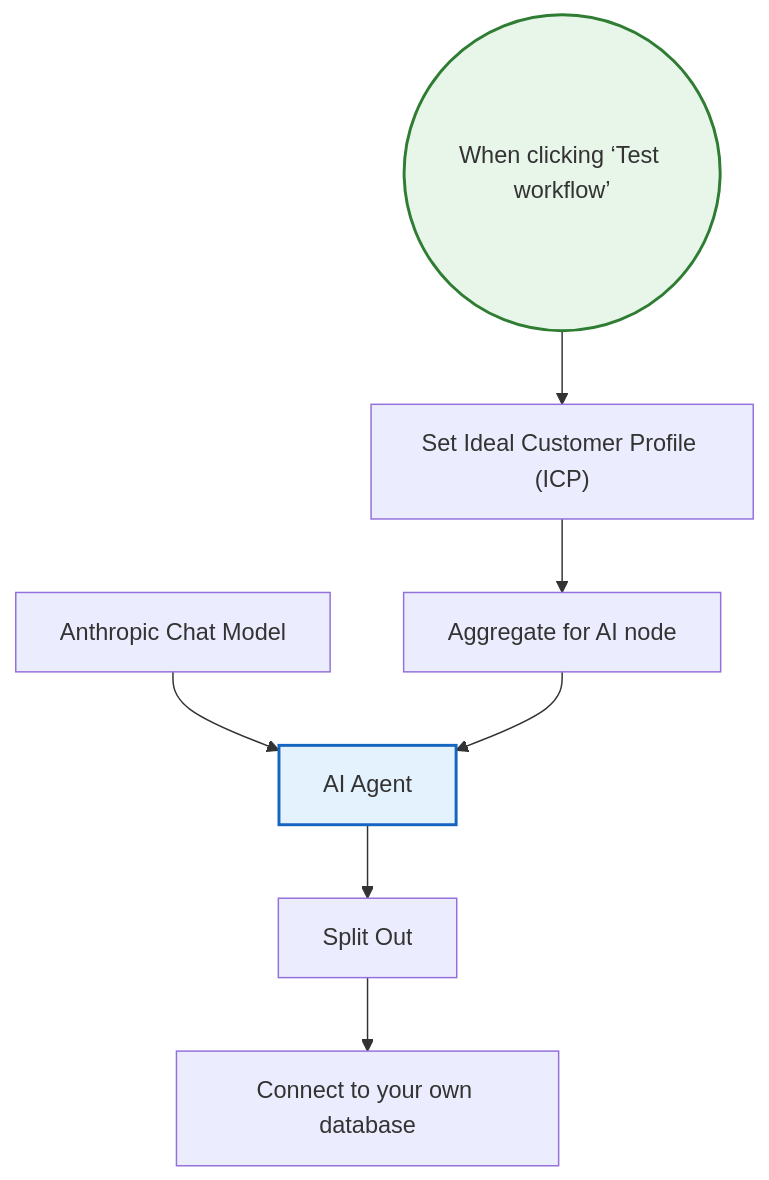
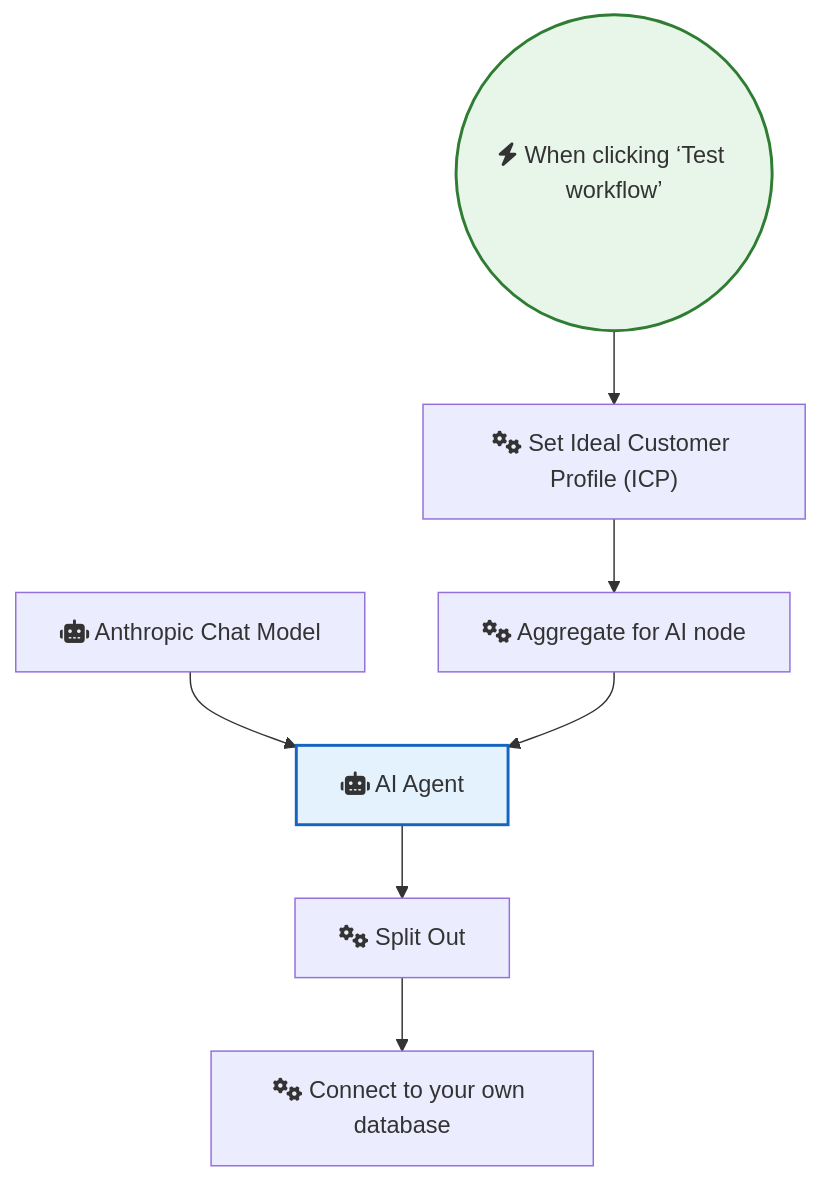
One commit to sreyash3105/N8N-DEMO-AUTOMATIONS changed the diagram in AI_Research_RAG_and_Data_Analysis/Generate SEO Seed Keywords Using AI.md. Above: the diagram before and after it, drawn with Mermaid. The commit also changed 291 other files, not shown here.

````diff
--- a/AI_Research_RAG_and_Data_Analysis/Generate SEO Seed Keywords Using AI.md
+++ b/AI_Research_RAG_and_Data_Analysis/Generate SEO Seed Keywords Using AI.md
@@ -1,21 +1,21 @@
 ```mermaid
 graph TD
     classDef trigger fill:#e8f5e9,stroke:#2e7d32,stroke-width:2px;
     classDef ai fill:#e3f2fd,stroke:#1565c0,stroke-width:2px;
     classDef logic fill:#fff3e0,stroke:#ef6c00,stroke-width:2px;
 
-    Anthropic_Chat_Model["Anthropic Chat Model"]
-    Split_Out["Split Out"]
-    Set_Ideal_Customer_Profile__ICP_["Set Ideal Customer Profile (ICP)"]
-    Aggregate_for_AI_node["Aggregate for AI node"]
-    AI_Agent["AI Agent"]:::ai
-    Connect_to_your_own_database["Connect to your own database"]
-    When_clicking__Test_workflow_(("When clicking ‘Test workflow’")):::trigger
+    Anthropic_Chat_Model["fas:fa-robot Anthropic Chat Model"]
+    Split_Out["fas:fa-cogs Split Out"]
+    Set_Ideal_Customer_Profile__ICP_["fas:fa-cogs Set Ideal Customer Profile (ICP)"]
+    Aggregate_for_AI_node["fas:fa-cogs Aggregate for AI node"]
+    AI_Agent["fas:fa-robot AI Agent"]:::ai
+    Connect_to_your_own_database["fas:fa-cogs Connect to your own database"]
+    When_clicking__Test_workflow_(("fas:fa-bolt When clicking ‘Test workflow’")):::trigger
 
     AI_Agent --> Split_Out
     Split_Out --> Connect_to_your_own_database
     Anthropic_Chat_Model --> AI_Agent
     Aggregate_for_AI_node --> AI_Agent
     Set_Ideal_Customer_Profile__ICP_ --> Aggregate_for_AI_node
     When_clicking__Test_workflow_ --> Set_Ideal_Customer_Profile__ICP_
 ```
````
